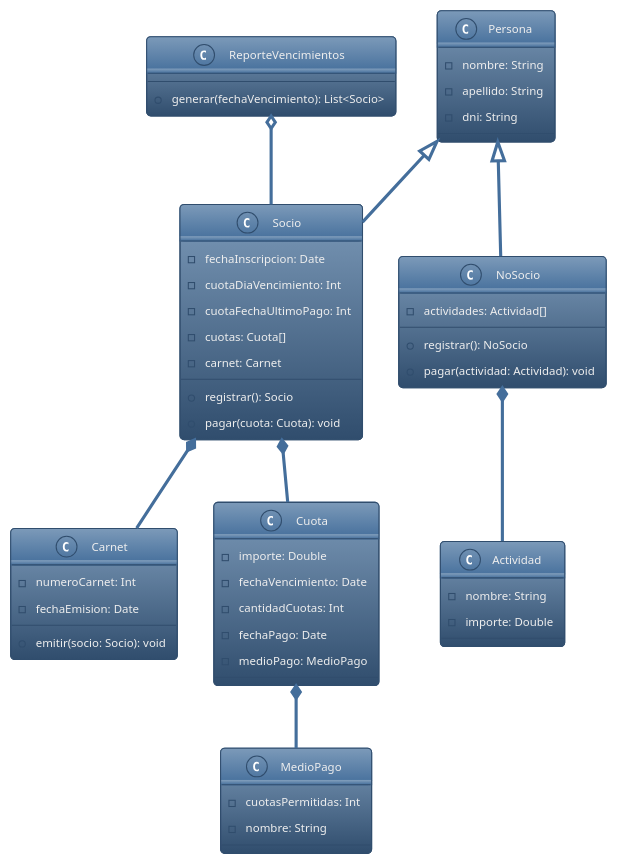
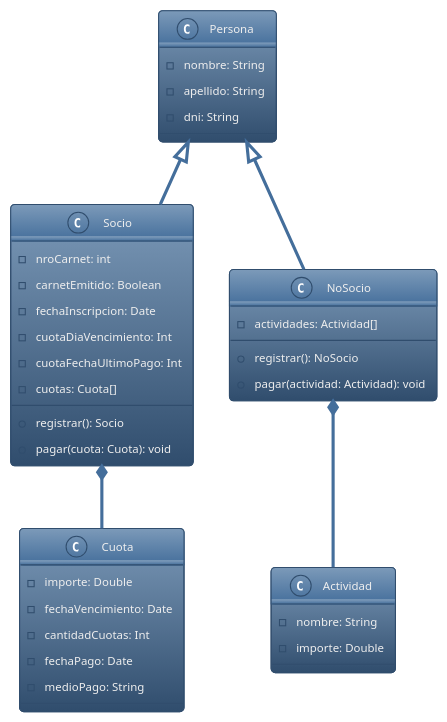
The second of 2 diagrams in tpi/tp-integradoc.adoc (itfs29/2024-modelado), drawn with PlantUML before and after one commit. The commit also changed other lines of this file and 1 other file, not shown here.

```diff
--- a/tpi/tp-integradoc.adoc
+++ b/tpi/tp-integradoc.adoc
@@ -146,75 +71,52 @@
 [plantuml, target=i880841834, svg]
 ....
 @startuml
 
 !theme spacelab
 
 class Persona {
     -nombre: String
     -apellido: String
     -dni: String
 }
 
 class Socio {
+    -nroCarnet: int
+    -carnetEmitido: Boolean
     -fechaInscripcion: Date
     -cuotaDiaVencimiento: Int
     -cuotaFechaUltimoPago: Int
     -cuotas: Cuota[]
-    -carnet: Carnet
     +registrar(): Socio
     +pagar(cuota: Cuota): void
 }
-
-class Carnet {
-    -numeroCarnet: Int
-    -fechaEmision: Date
-    +emitir(socio: Socio): void
-}
-
-Socio *-- Carnet
 
 
 class NoSocio {
     -actividades: Actividad[]
     +registrar(): NoSocio
     +pagar(actividad: Actividad): void
 }
 
 class Actividad {
     -nombre: String
     -importe: Double
 }
 
 NoSocio *-- Actividad
 
 Persona <|-- Socio
 Persona <|-- NoSocio
 
 class Cuota {
     -importe: Double
     -fechaVencimiento: Date
     -cantidadCuotas: Int
     -fechaPago: Date
-    -medioPago: MedioPago
+    -medioPago: String
 }
 
 Socio *-- Cuota
 
-class MedioPago {
-    -cuotasPermitidas: Int
-    -nombre: String
-}
-
-class ReporteVencimientos {
-    +generar(fechaVencimiento): List<Socio>
-}
-
-
-Cuota *-- MedioPago
-
-ReporteVencimientos o-- Socio
-
 @enduml
-
-
 ....
```
